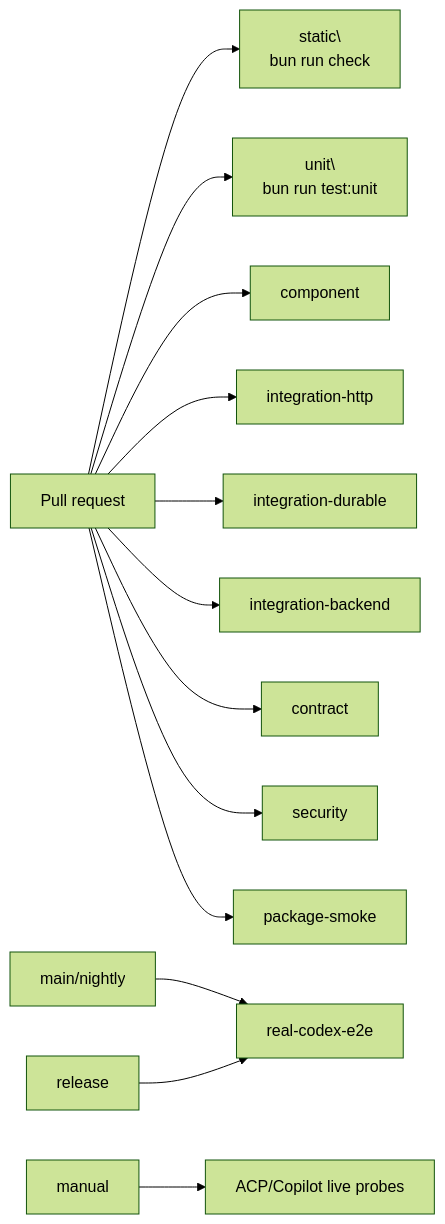
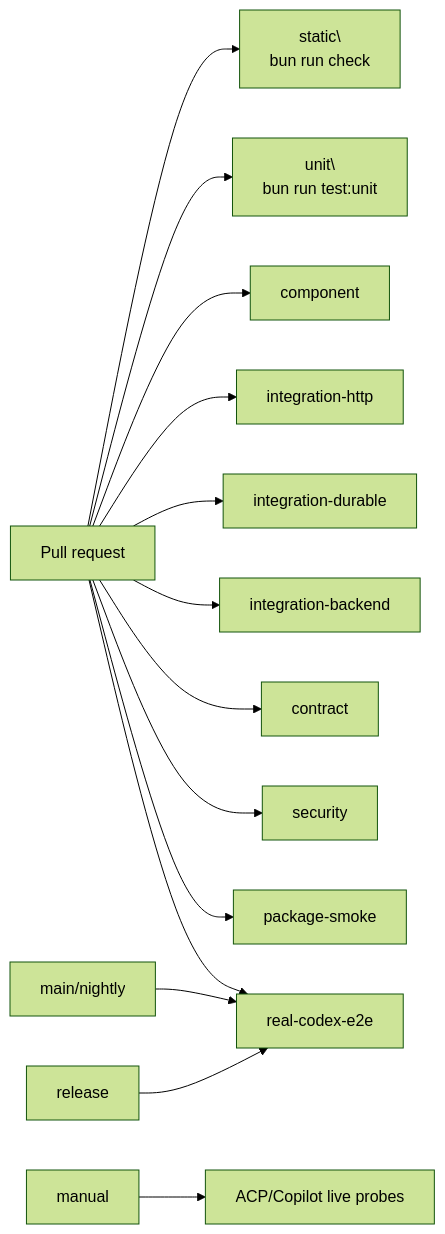
The second of 2 diagrams in plans/testing-architecture/arch.md (LaChimere/volare), drawn with Mermaid (forest theme) before and after one commit. The commit also changed other lines of this file and 4 other files, not shown here.

````diff
--- a/plans/testing-architecture/arch.md
+++ b/plans/testing-architecture/arch.md
@@ -342,15 +342,16 @@
 ```mermaid
 graph LR
   PR[Pull request] --> Static[static\\nbun run check]
   PR --> Unit[unit\\nbun run test:unit]
   PR --> Component[component]
   PR --> HTTPIT[integration-http]
   PR --> Durable[integration-durable]
   PR --> BackendIT[integration-backend]
   PR --> Contract[contract]
   PR --> Security[security]
   PR --> Package[package-smoke]
-  Main[main/nightly] --> RealCodex[real-codex-e2e]
+  PR --> RealCodex[real-codex-e2e]
+  Main[main/nightly] --> RealCodex
   Release[release] --> RealCodex
   Manual[manual] --> Live[ACP/Copilot live probes]
 ```
````
